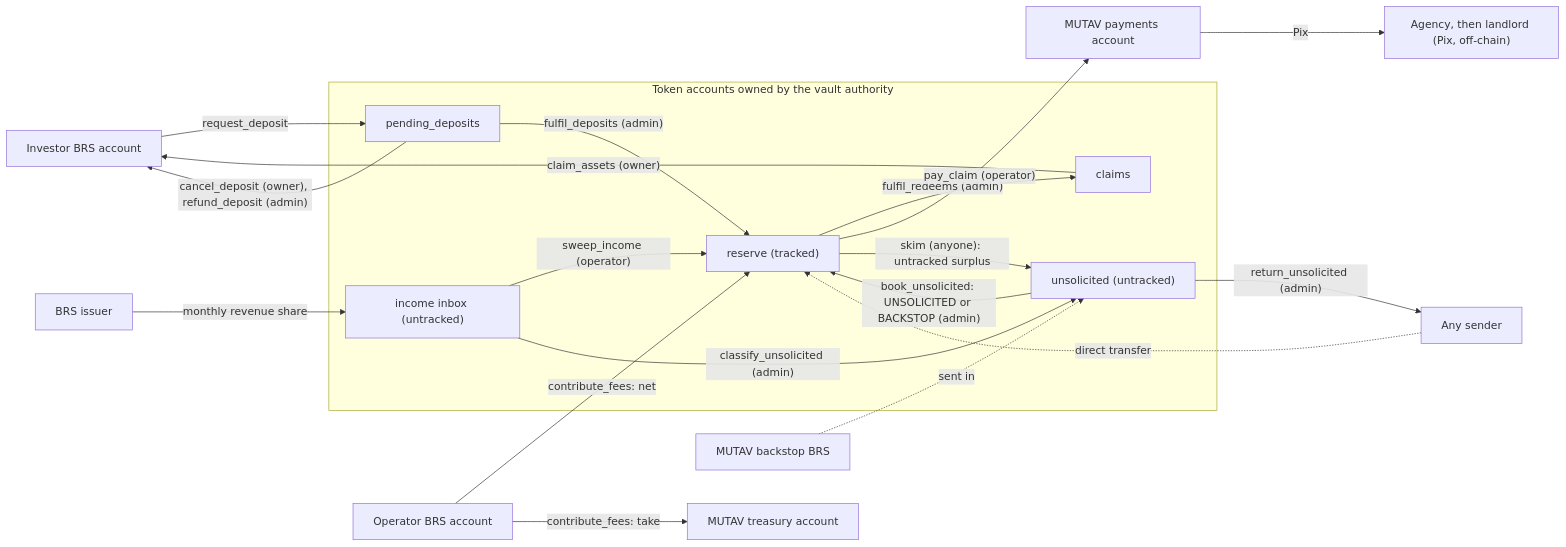
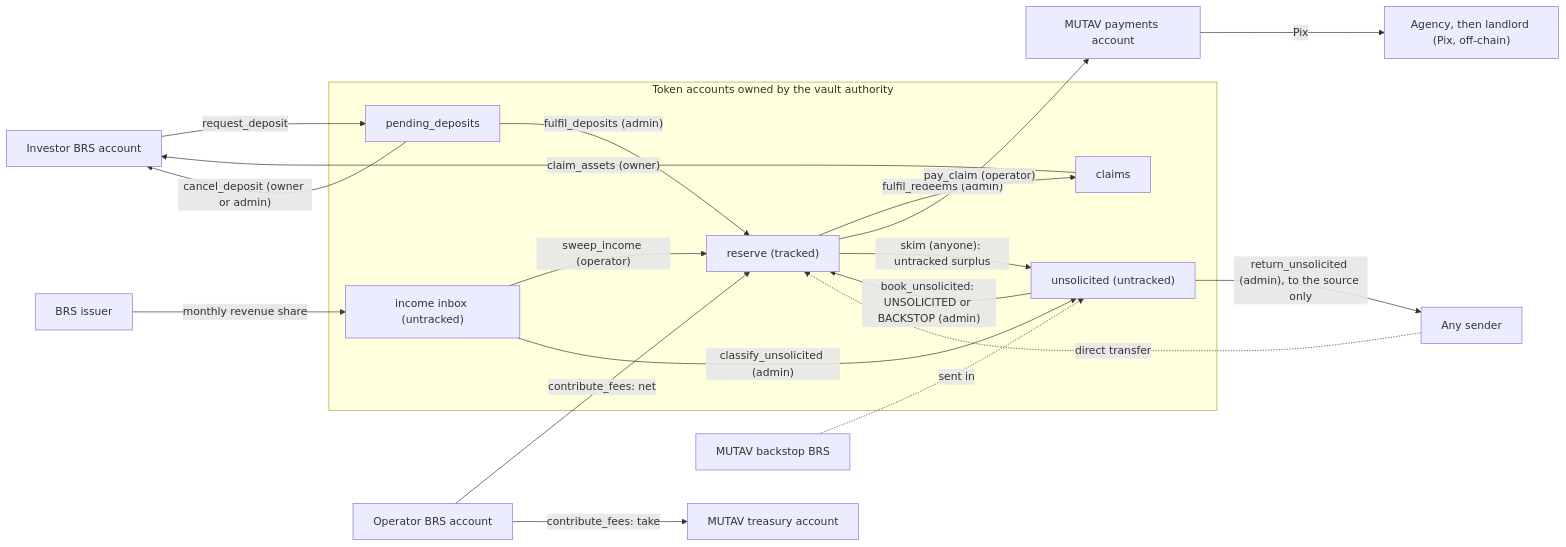
One commit to mutav-finance/mutav-protocol-solana changed the first of 3 diagrams in docs/architecture/money-flows.md. Above: the diagram before and after it, drawn with Mermaid. The commit also changed other lines of this file and 41 other files, not shown here.

````diff
--- a/docs/architecture/money-flows.md
+++ b/docs/architecture/money-flows.md
@@ -14,38 +14,38 @@
 ```mermaid
 flowchart LR
   INV["Investor BRS account"]
   OPA["Operator BRS account"]
   ISS["BRS issuer"]
   SND["Any sender"]
   MB["MUTAV backstop BRS"]
 
   subgraph vault["Token accounts owned by the vault authority"]
     PD["pending_deposits"]
     R["reserve (tracked)"]
     CL["claims"]
     IN["income inbox (untracked)"]
     UN["unsolicited (untracked)"]
   end
 
   TR["MUTAV treasury account"]
   PAY["MUTAV payments account"]
   AGY["Agency, then landlord (Pix, off-chain)"]
 
   INV -->|"request_deposit"| PD
   PD -->|"fulfil_deposits (admin)"| R
-  PD -->|"cancel_deposit (owner), refund_deposit (admin)"| INV
+  PD -->|"cancel_deposit (owner or admin)"| INV
   R -->|"fulfil_redeems (admin)"| CL
   CL -->|"claim_assets (owner)"| INV
   OPA -->|"contribute_fees: net"| R
   OPA -->|"contribute_fees: take"| TR
   ISS -->|"monthly revenue share"| IN
   IN -->|"sweep_income (operator)"| R
   IN -->|"classify_unsolicited (admin)"| UN
   R -->|"pay_claim (operator)"| PAY
   PAY -->|"Pix"| AGY
   SND -.->|"direct transfer"| R
   R -->|"skim (anyone): untracked surplus"| UN
   MB -.->|"sent in"| UN
   UN -->|"book_unsolicited: UNSOLICITED or BACKSTOP (admin)"| R
-  UN -->|"return_unsolicited (admin)"| SND
+  UN -->|"return_unsolicited (admin), to the source only"| SND
 ```
````
